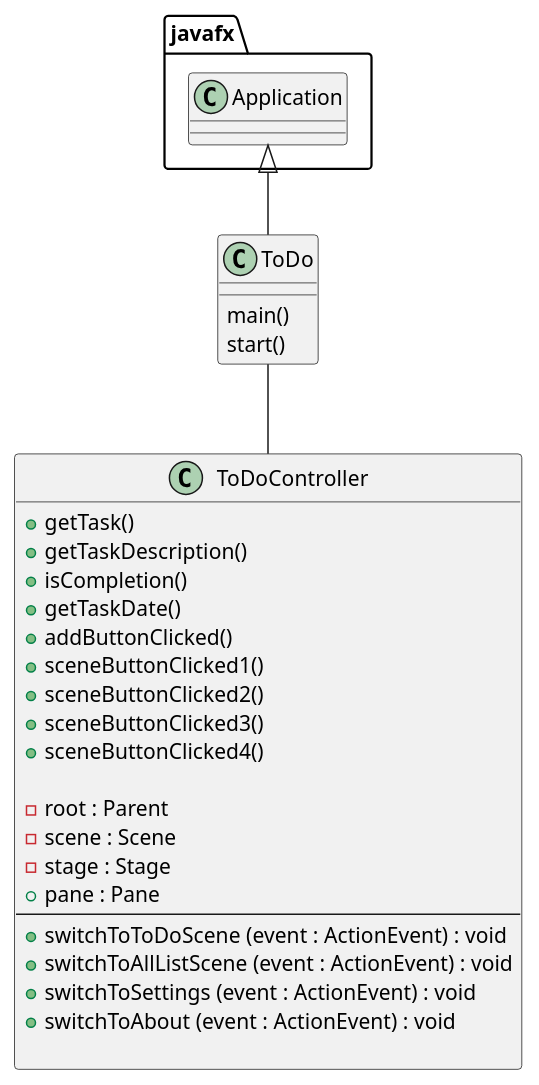
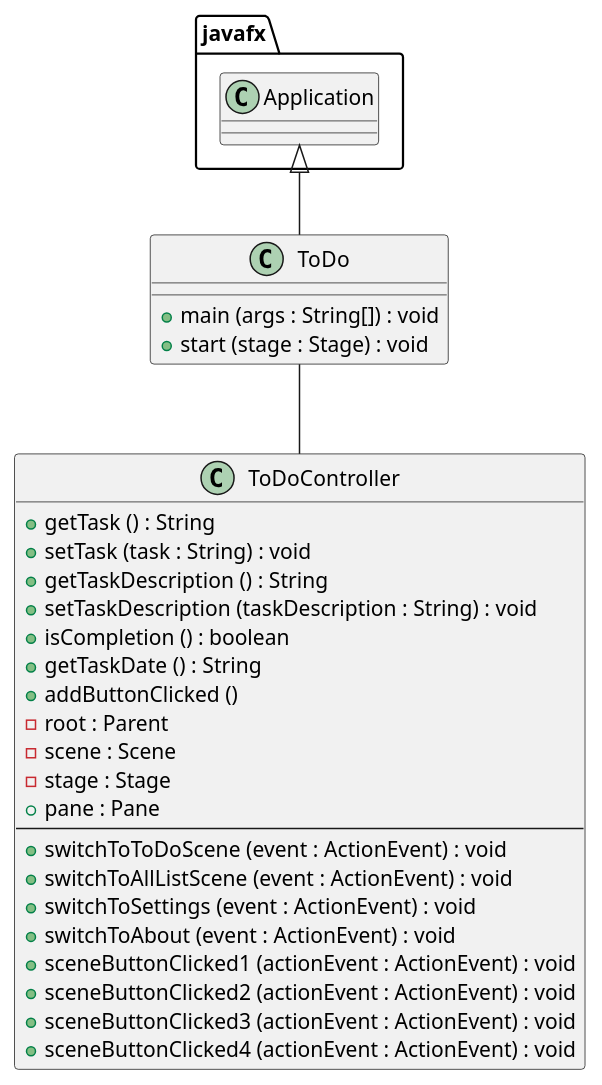
One commit to polvnco/polanco-cop3330-assignment4part2 changed the diagram in uml/ClassDiagram_ToDo.puml. Above: the diagram before and after it, drawn with PlantUML. The commit also changed 4 other files, not shown here.

```diff
--- a/uml/ClassDiagram_ToDo.puml
+++ b/uml/ClassDiagram_ToDo.puml
@@ -1,35 +1,35 @@
 @startuml
 'https://plantuml.com/class-diagram
 
 class ToDo{
-    main()
-    start()
+    + main (args : String[]) : void
+    + start (stage : Stage) : void
 }
 
 class ToDoController{
-    + getTask()
-    + getTaskDescription()
-    + isCompletion()
-    + getTaskDate()
-    + addButtonClicked()
-    + sceneButtonClicked1()
-    + sceneButtonClicked2()
-    + sceneButtonClicked3()
-    + sceneButtonClicked4()
-
+    + getTask () : String
+    + setTask (task : String) : void
+    + getTaskDescription () : String
+    + setTaskDescription (taskDescription : String) : void
+    + isCompletion () : boolean
+    + getTaskDate () : String
+    + addButtonClicked ()
     - root : Parent
     - scene : Scene
     - stage : Stage
     + pane : Pane
     --
     + switchToToDoScene (event : ActionEvent) : void
     + switchToAllListScene (event : ActionEvent) : void
     + switchToSettings (event : ActionEvent) : void
     + switchToAbout (event : ActionEvent) : void
-
+    + sceneButtonClicked1 (actionEvent : ActionEvent) : void
+    + sceneButtonClicked2 (actionEvent : ActionEvent) : void
+    + sceneButtonClicked3 (actionEvent : ActionEvent) : void
+    + sceneButtonClicked4 (actionEvent : ActionEvent) : void
 }
 
 javafx.Application <|-- ToDo
 
 ToDo -- ToDoController
 @enduml
```
